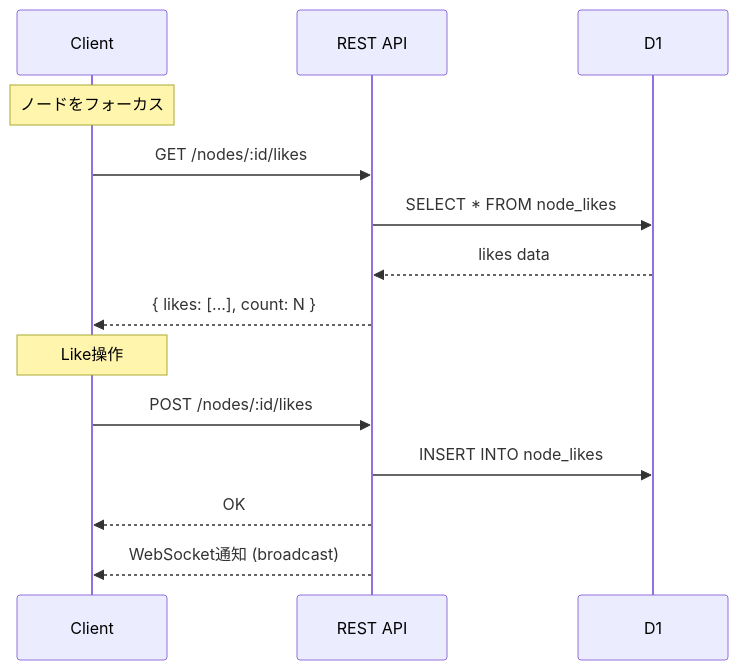
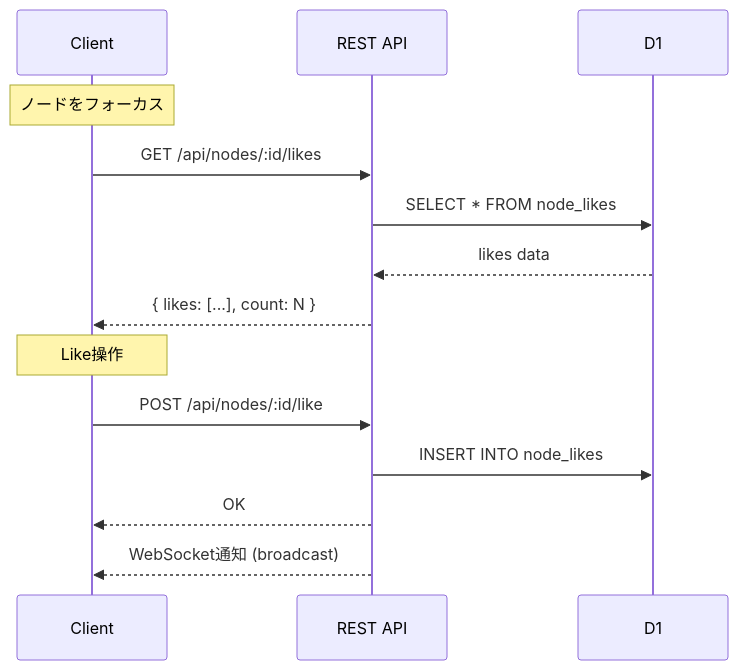
Before and after one commit to wtnqk/think-graph: the fourth of 6 diagrams in docs/04-realtime-sync.md, drawn with Mermaid. The commit also changed 1 other file, not shown here.

Commit message:
update document

````diff
--- a/docs/04-realtime-sync.md
+++ b/docs/04-realtime-sync.md
@@ -100,18 +100,18 @@
 ```mermaid
 sequenceDiagram
     participant C as Client
     participant API as REST API
     participant DB as D1
 
     Note over C: ノードをフォーカス
-    C->>API: GET /nodes/:id/likes
+    C->>API: GET /api/nodes/:id/likes
     API->>DB: SELECT * FROM node_likes
     DB-->>API: likes data
     API-->>C: { likes: [...], count: N }
 
     Note over C: Like操作
-    C->>API: POST /nodes/:id/likes
+    C->>API: POST /api/nodes/:id/like
     API->>DB: INSERT INTO node_likes
     API-->>C: OK
     API-->>C: WebSocket通知 (broadcast)
 ```
````
